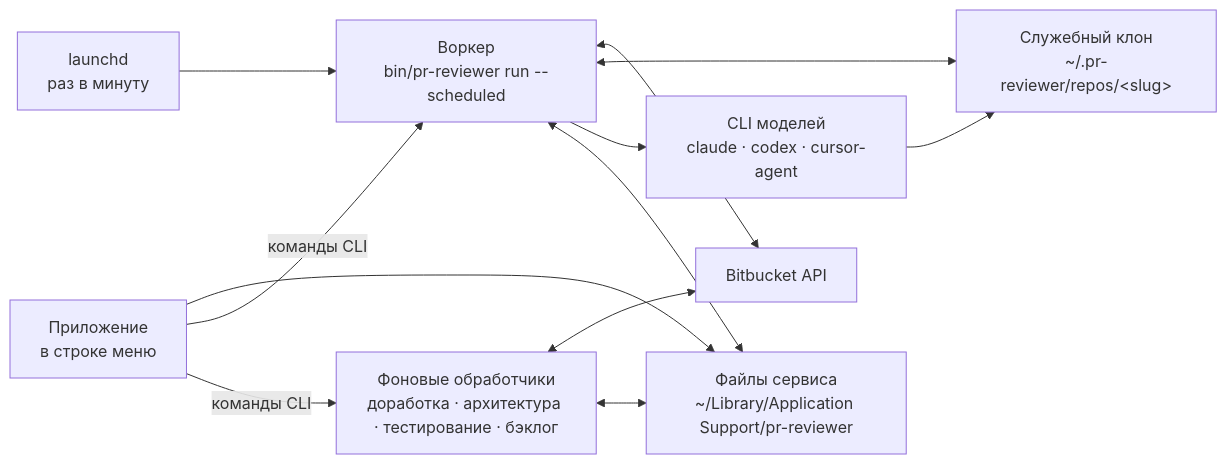
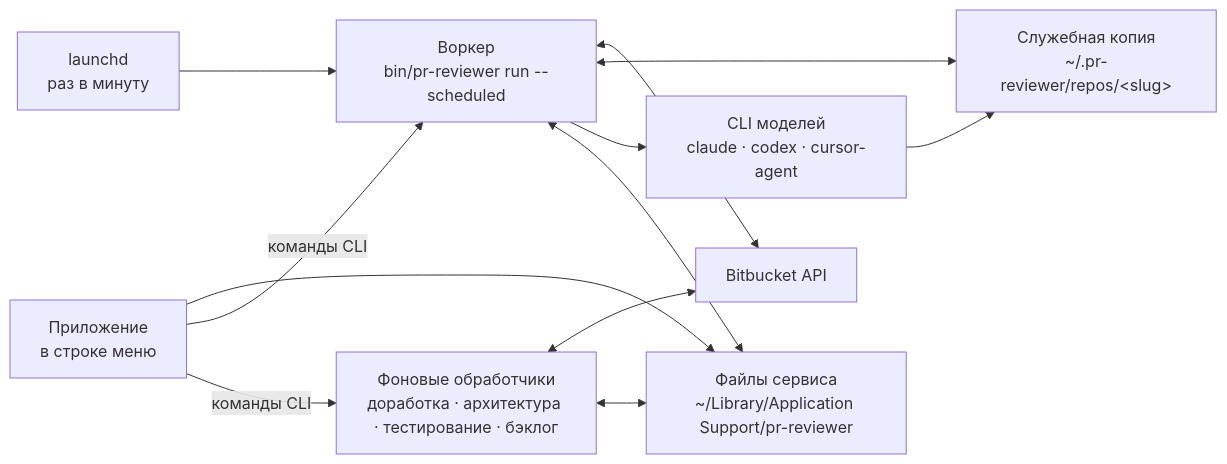
One commit to AVor0n/ai-review changed the diagram in docs/overview.md. Above: the diagram before and after it, drawn with Mermaid. The commit also changed other lines of this file and 13 other files, not shown here.

````diff
--- a/docs/overview.md
+++ b/docs/overview.md
@@ -7,14 +7,14 @@
 ```mermaid
 flowchart LR
     launchd["launchd<br>раз в минуту"] --> worker["Воркер<br>bin/pr-reviewer run --scheduled"]
     worker <--> bb["Bitbucket API"]
-    worker <--> clone["Служебный клон<br>~/.pr-reviewer/repos/&lt;slug&gt;"]
+    worker <--> clone["Служебная копия<br>~/.pr-reviewer/repos/&lt;slug&gt;"]
     worker --> models["CLI моделей<br>claude · codex · cursor-agent"]
     models --> clone
     worker <--> data["Файлы сервиса<br>~/Library/Application Support/pr-reviewer"]
     app["Приложение<br>в строке меню"] --> data
     app -- "команды CLI" --> worker
     app -- "команды CLI" --> jobs["Фоновые обработчики<br>доработка · архитектура · тестирование · бэклог"]
     jobs <--> bb
     jobs <--> data
 ```
````
